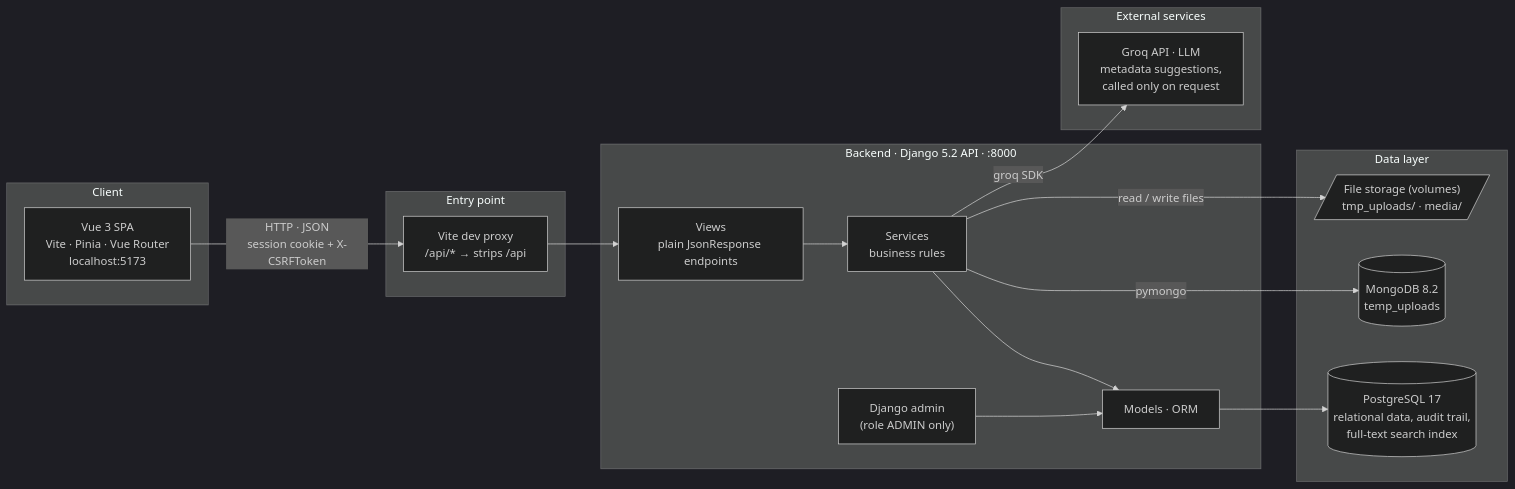
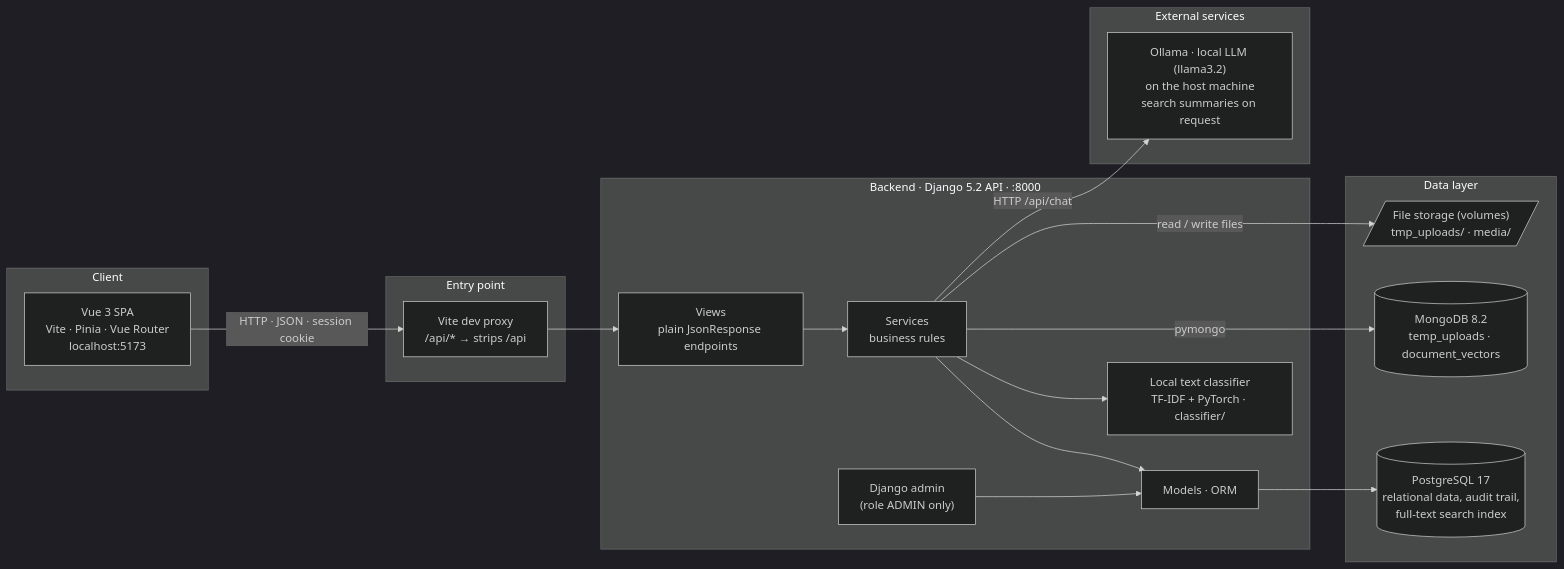
One commit to Pragma-Co/backend-indice changed the diagram in docs/architecture/overview.mmd. Above: the diagram before and after it, drawn with Mermaid (dark theme). The commit also changed 6 other files, not shown here.

Commit message:
docs(#80): reflect the local classifier, Ollama summaries and document vectors

```diff
--- a/docs/architecture/overview.mmd
+++ b/docs/architecture/overview.mmd
@@ -1,34 +1,36 @@
 flowchart LR
     subgraph Client["Client"]
         Browser["Vue 3 SPA<br/>Vite · Pinia · Vue Router<br/>localhost:5173"]
     end
 
     subgraph Edge["Entry point"]
         Proxy["Vite dev proxy<br/>/api/* → strips /api"]
     end
 
     subgraph Backend["Backend · Django 5.2 API · :8000"]
         Views["Views<br/>plain JsonResponse endpoints"]
         Services["Services<br/>business rules"]
         Models["Models · ORM"]
+        Classifier["Local text classifier<br/>TF-IDF + PyTorch · classifier/"]
         Admin["Django admin<br/>(role ADMIN only)"]
         Views --> Services --> Models
+        Services --> Classifier
         Admin --> Models
     end
 
     subgraph Data["Data layer"]
         PG[("PostgreSQL 17<br/>relational data, audit trail,<br/>full-text search index")]
-        Mongo[("MongoDB 8.2<br/>temp_uploads")]
+        Mongo[("MongoDB 8.2<br/>temp_uploads · document_vectors")]
         Files[/"File storage (volumes)<br/>tmp_uploads/ · media/"/]
     end
 
     subgraph External["External services"]
-        Groq["Groq API · LLM<br/>metadata suggestions,<br/>called only on request"]
+        Ollama["Ollama · local LLM (llama3.2)<br/>on the host machine<br/>search summaries on request"]
     end
 
-    Browser -- "HTTP · JSON<br/>session cookie + X-CSRFToken" --> Proxy
+    Browser -- "HTTP · JSON · session cookie" --> Proxy
     Proxy --> Views
     Models --> PG
     Services -- "pymongo" --> Mongo
     Services -- "read / write files" --> Files
-    Services -- "groq SDK" --> Groq
+    Services -- "HTTP /api/chat" --> Ollama
```
